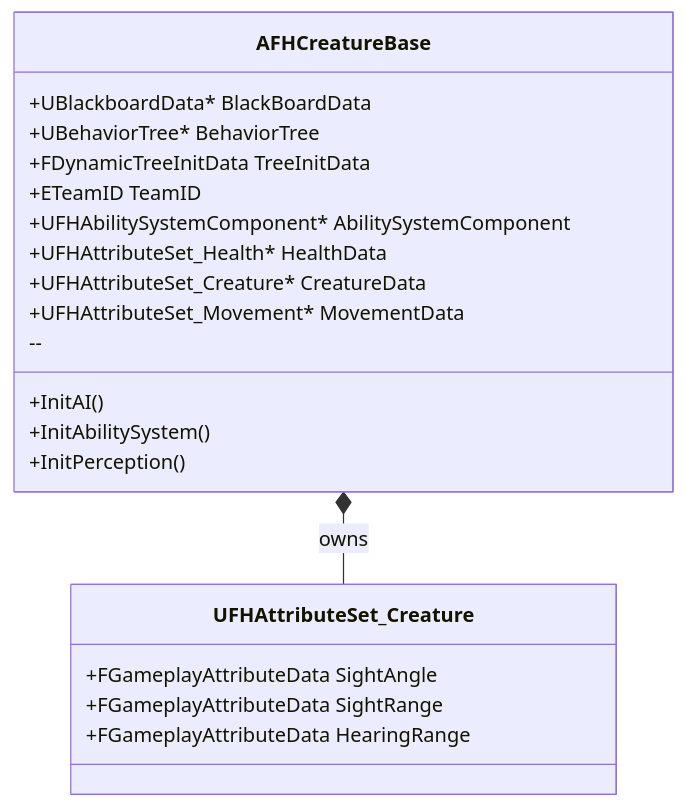
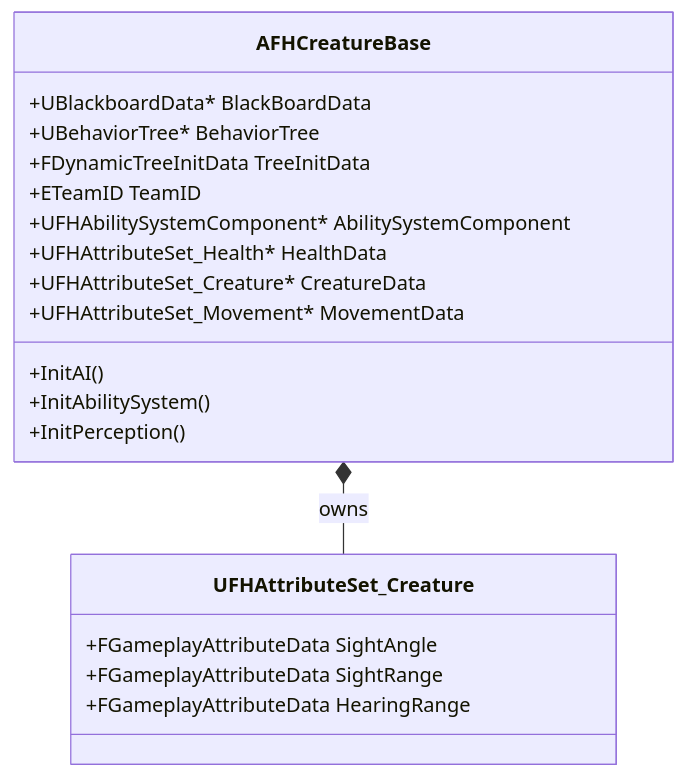
One commit to antae714/antae714.github.io changed the second of 5 diagrams in _posts/UnrealProject/FeatureCreation/2025-07-15-AI.md. Above: the diagram before and after it, drawn with Mermaid. The commit also changed other lines of this file and 10 other files, not shown here.

````diff
--- a/_posts/UnrealProject/FeatureCreation/2025-07-15-AI.md
+++ b/_posts/UnrealProject/FeatureCreation/2025-07-15-AI.md
@@ -53,28 +49,28 @@
 ```mermaid
 classDiagram
     direction TB
 
     class AFHCreatureBase {
         +UBlackboardData* BlackBoardData
         +UBehaviorTree* BehaviorTree
         +FDynamicTreeInitData TreeInitData
         +ETeamID TeamID
         +UFHAbilitySystemComponent* AbilitySystemComponent
         +UFHAttributeSet_Health* HealthData
         +UFHAttributeSet_Creature* CreatureData
         +UFHAttributeSet_Movement* MovementData
-        --
+
         +InitAI()
         +InitAbilitySystem()
         +InitPerception()
     }
 
     class UFHAttributeSet_Creature {
         +FGameplayAttributeData SightAngle
         +FGameplayAttributeData SightRange
         +FGameplayAttributeData HearingRange
     }
 
     %% 합성(소유)과 연관 구분
     AFHCreatureBase *-- UFHAttributeSet_Creature : owns
 ```
````
